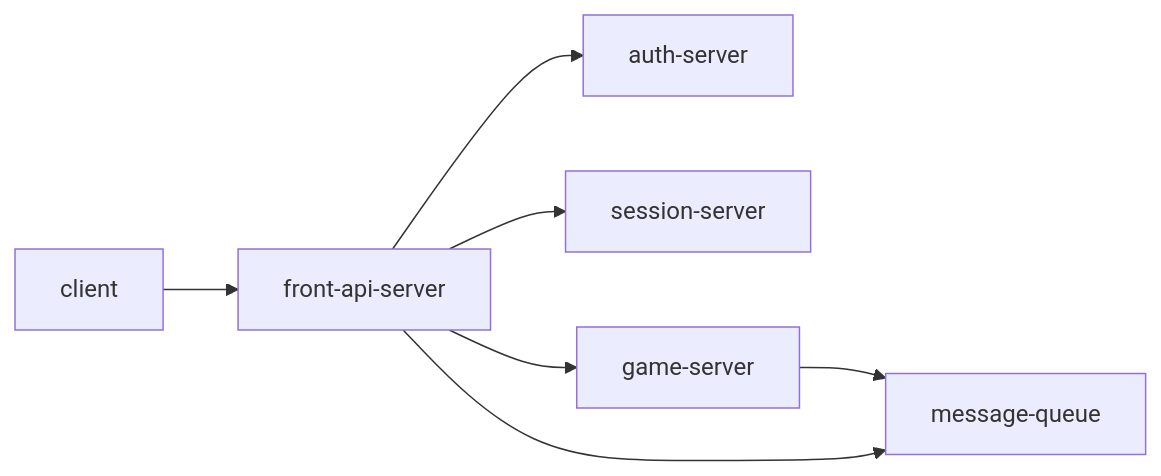
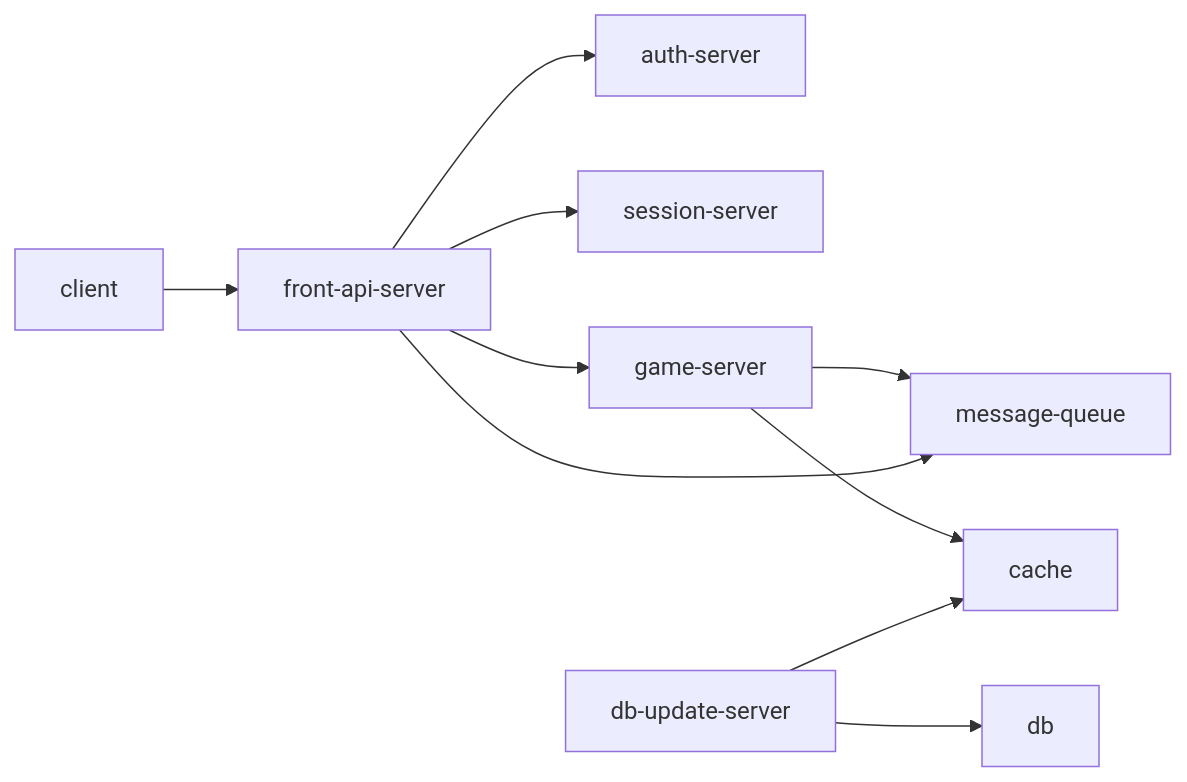
Before and after one commit to ch3224bin/mud-mk1: the diagram in README.md, drawn with Mermaid.

Commit message:
docs: README.md 구성 업데이트

````diff
--- a/README.md
+++ b/README.md
@@ -8,9 +8,12 @@
 ```mermaid
 graph LR;
     client-->front-api-server;
     front-api-server-->auth-server;
     front-api-server-->session-server;
     front-api-server-->game-server;
     game-server-->message-queue;
     front-api-server-->message-queue;
+    game-server-->cache;
+    db-update-server-->cache;
+    db-update-server-->db;
 ```
````
